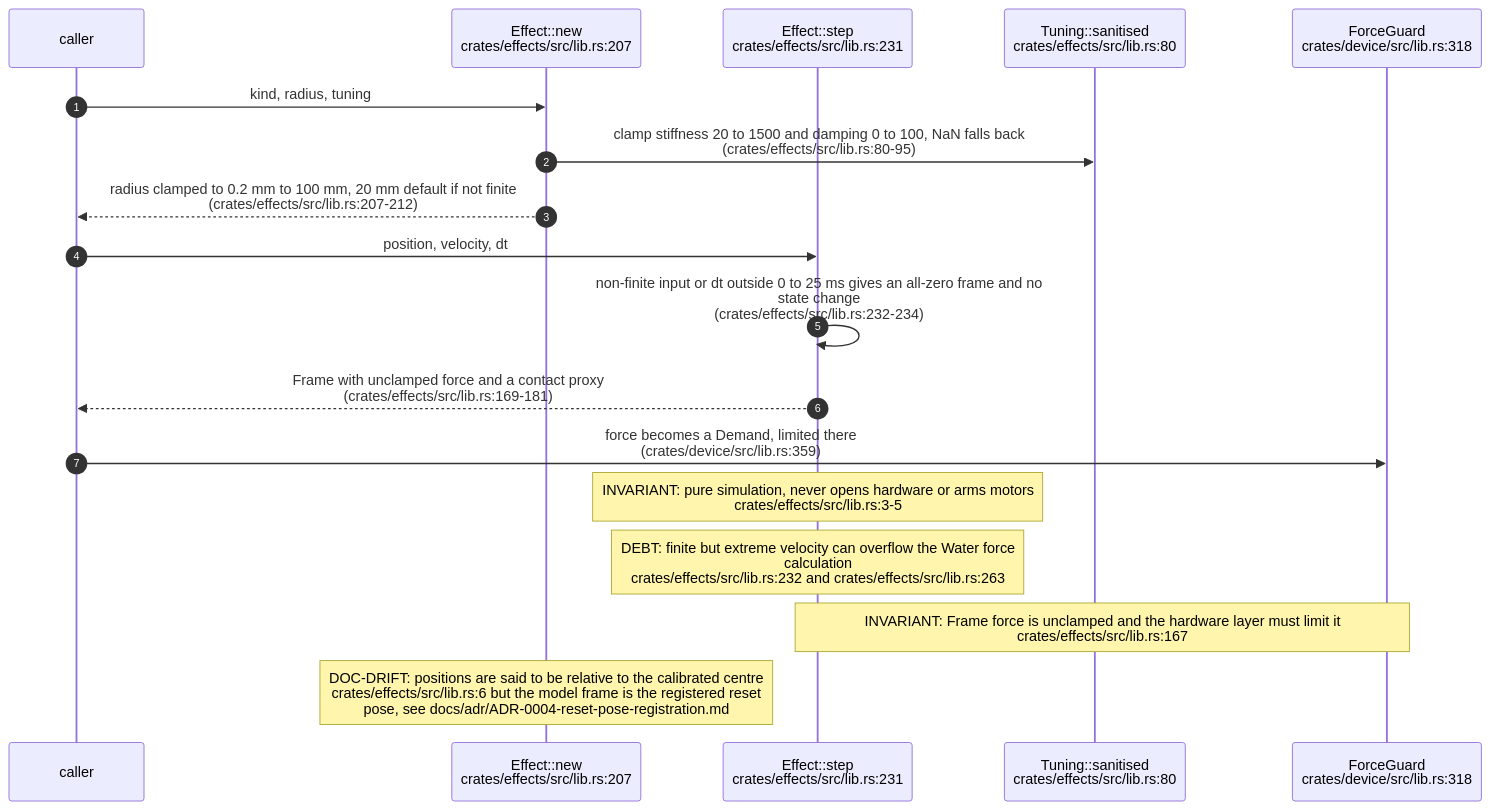
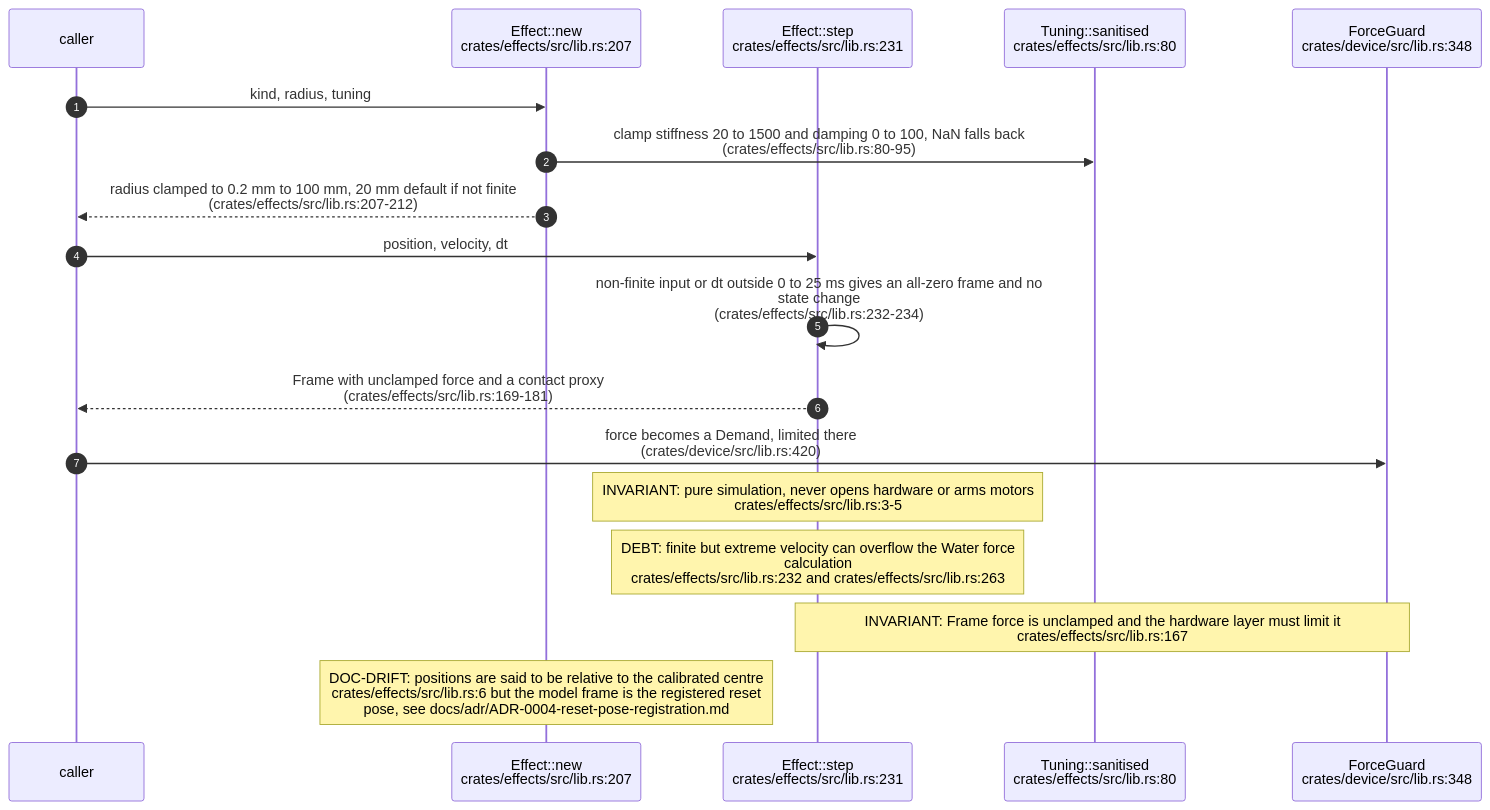
One commit to DreamLab-AI/VisionFlow changed the first of 5 diagrams in docs/diagrams/visiontouch-rs/05-effects-and-force-models.md. Above: the diagram before and after it, drawn with Mermaid. The commit also changed other lines of this file and 154 other files, not shown here.

First line of the commit message:
docs(diagrams): re-stamp 154 topics whose every citation still reads the same text at the current heads

````diff
--- a/docs/diagrams/visiontouch-rs/05-effects-and-force-models.md
+++ b/docs/diagrams/visiontouch-rs/05-effects-and-force-models.md
@@ -30,20 +30,20 @@
 ```mermaid
 sequenceDiagram
     autonumber
     participant CL as caller
     participant NW as Effect::new<br/>crates/effects/src/lib.rs:207
     participant ST as Effect::step<br/>crates/effects/src/lib.rs:231
     participant TU as Tuning::sanitised<br/>crates/effects/src/lib.rs:80
-    participant GD as ForceGuard<br/>crates/device/src/lib.rs:318
+    participant GD as ForceGuard<br/>crates/device/src/lib.rs:348
     CL->>NW: kind, radius, tuning
     NW->>TU: clamp stiffness 20 to 1500 and damping 0 to 100, NaN falls back<br/>(crates/effects/src/lib.rs:80-95)
     NW-->>CL: radius clamped to 0.2 mm to 100 mm, 20 mm default if not finite<br/>(crates/effects/src/lib.rs:207-212)
     CL->>ST: position, velocity, dt
     ST->>ST: non-finite input or dt outside 0 to 25 ms gives an all-zero frame and no<br/>state change<br/>(crates/effects/src/lib.rs:232-234)
     ST-->>CL: Frame with unclamped force and a contact proxy<br/>(crates/effects/src/lib.rs:169-181)
-    CL->>GD: force becomes a Demand, limited there<br/>(crates/device/src/lib.rs:359)
+    CL->>GD: force becomes a Demand, limited there<br/>(crates/device/src/lib.rs:420)
     Note over ST: INVARIANT: pure simulation, never opens hardware or arms motors<br/>crates/effects/src/lib.rs:3-5
     Note over ST: DEBT: finite but extreme velocity can overflow the Water force<br/>calculation<br/>crates/effects/src/lib.rs:232 and crates/effects/src/lib.rs:263
     Note over ST,GD: INVARIANT: Frame force is unclamped and the hardware layer must limit it<br/>crates/effects/src/lib.rs:167
     Note over NW: DOC-DRIFT: positions are said to be relative to the calibrated centre<br/>crates/effects/src/lib.rs:6 but the model frame is the registered reset<br/>pose, see docs/adr/ADR-0004-reset-pose-registration.md
 ```
````
